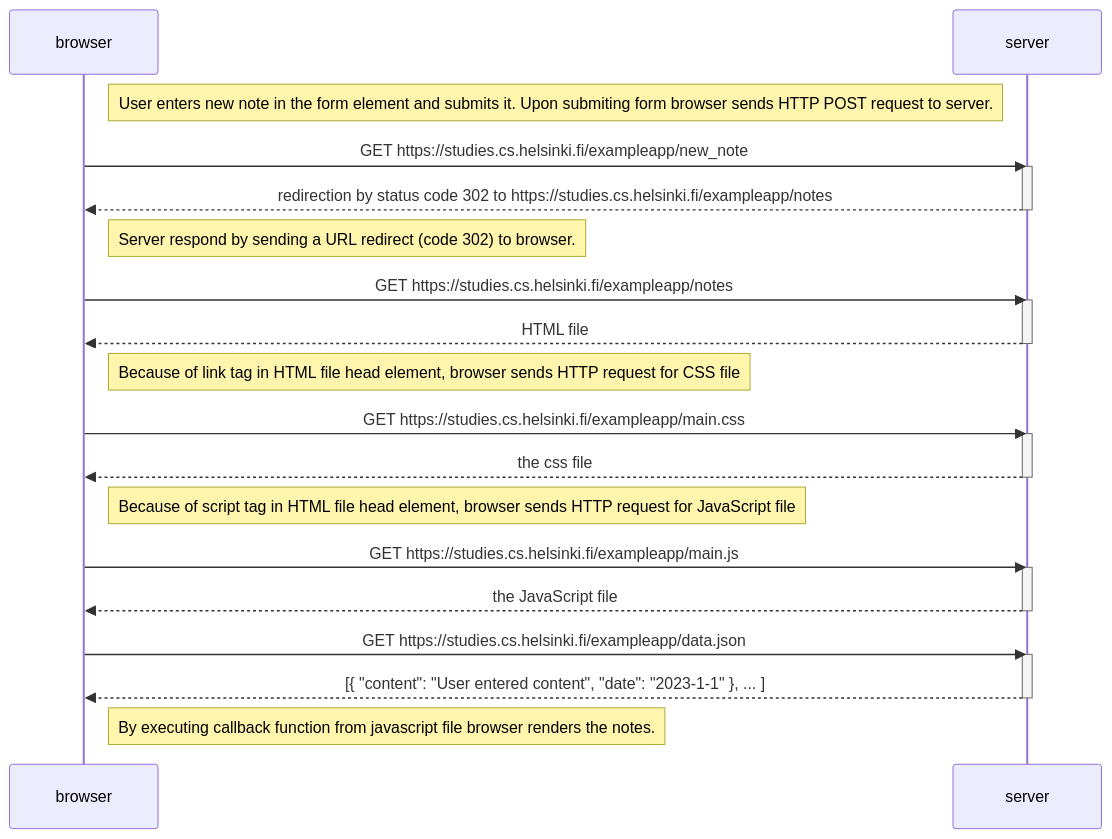
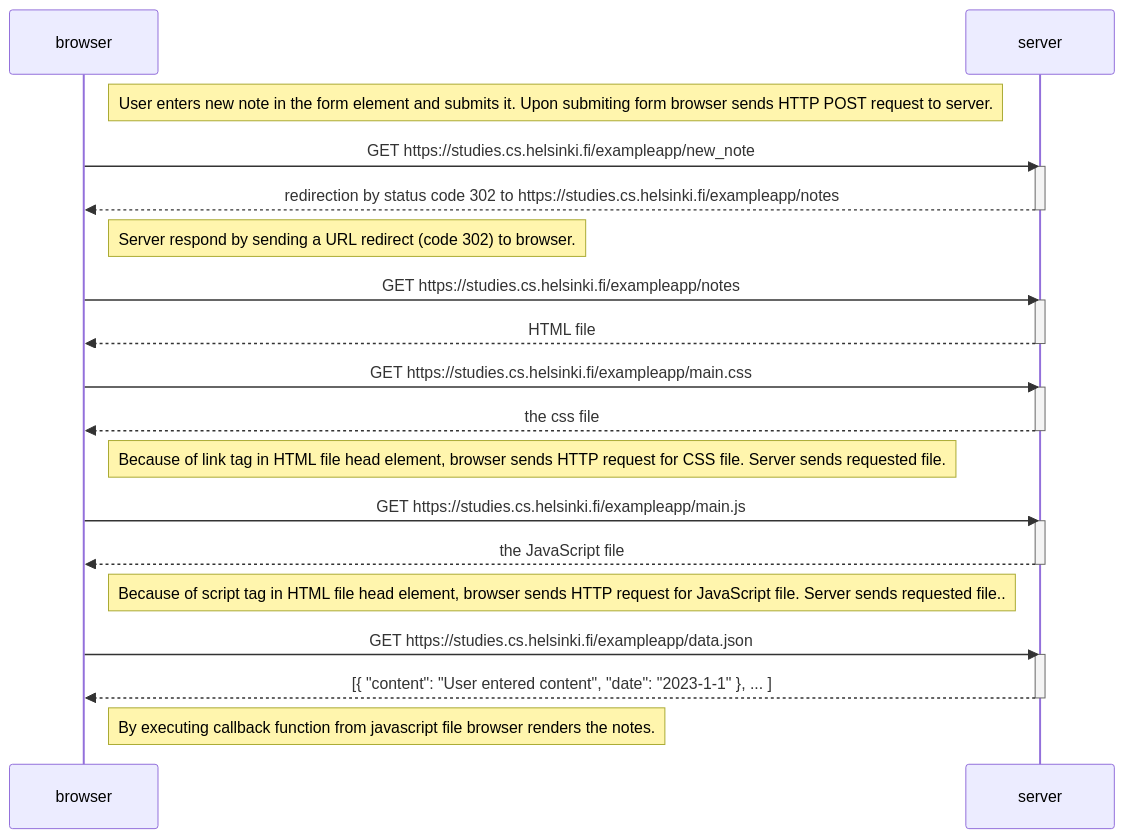
One commit to VladimirBrscic/fullStackOpenCourse changed the diagram in Part0/Exercise 0.4/newNoteTradApp.md. Above: the diagram before and after it, drawn with Mermaid.

````diff
--- a/Part0/Exercise 0.4/newNoteTradApp.md
+++ b/Part0/Exercise 0.4/newNoteTradApp.md
@@ -3,41 +3,43 @@
 ```mermaid
 sequenceDiagram
     participant browser
     participant server
     
     
     Note right of browser: User enters new note in the form element and submits it. Upon submiting form browser sends HTTP POST request to server.
     
     browser->>server: GET https://studies.cs.helsinki.fi/exampleapp/new_note
     activate server
     server-->>browser: redirection by status code 302 to https://studies.cs.helsinki.fi/exampleapp/notes
     deactivate server
     
     Note right of browser: Server respond by sending a URL redirect (code 302) to browser.
     
     browser->>server: GET https://studies.cs.helsinki.fi/exampleapp/notes
     activate server
     server-->>browser: HTML file
     deactivate server
     
-    Note right of browser: Because of link tag in HTML file head element, browser sends HTTP request for CSS file
+    
     
     browser->>server: GET https://studies.cs.helsinki.fi/exampleapp/main.css
     activate server
     server-->>browser: the css file
     deactivate server
     
-    Note right of browser: Because of script tag in HTML file head element, browser sends HTTP request for JavaScript file
-    
+    Note right of browser: Because of link tag in HTML file head element, browser sends HTTP request for CSS file. Server sends requested file.
+       
     browser->>server: GET https://studies.cs.helsinki.fi/exampleapp/main.js
     activate server
     server-->>browser: the JavaScript file
     deactivate server
+    
+    Note right of browser: Because of script tag in HTML file head element, browser sends HTTP request for JavaScript file. Server sends requested file..
     
     browser->>server: GET https://studies.cs.helsinki.fi/exampleapp/data.json
     activate server
     server-->>browser: [{ "content": "User entered content", "date": "2023-1-1" }, ... ]
     deactivate server    
 
     Note right of browser: By executing callback function from javascript file browser renders the notes.
 ```
````
